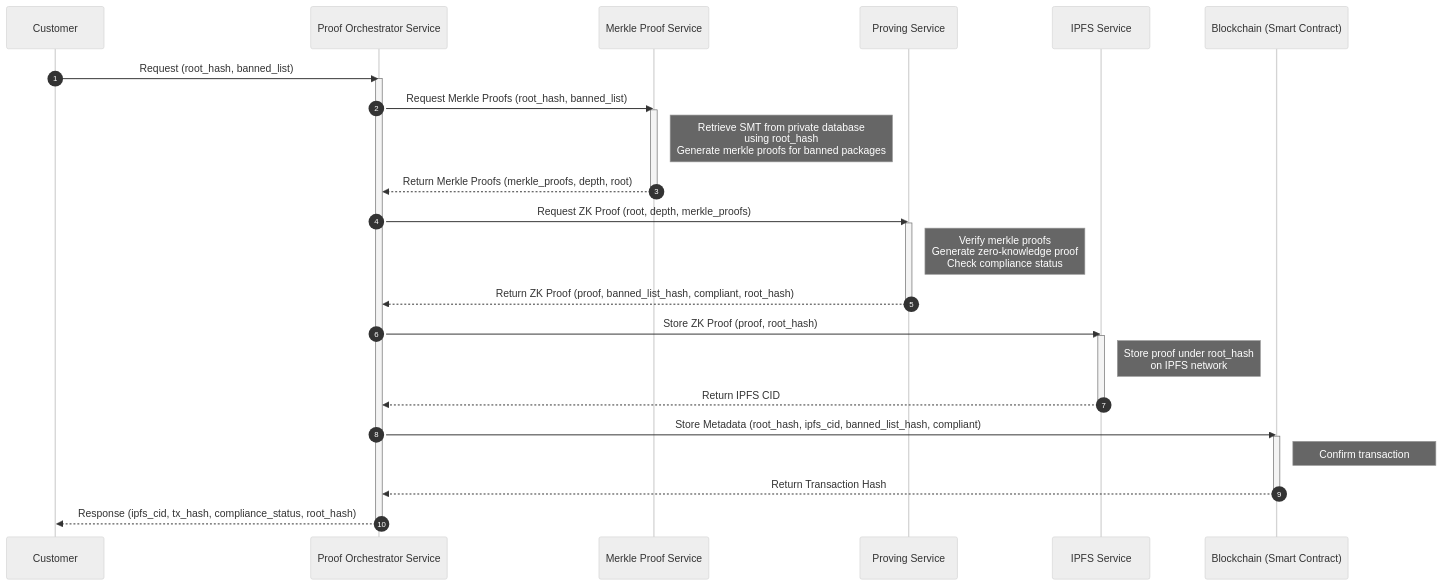
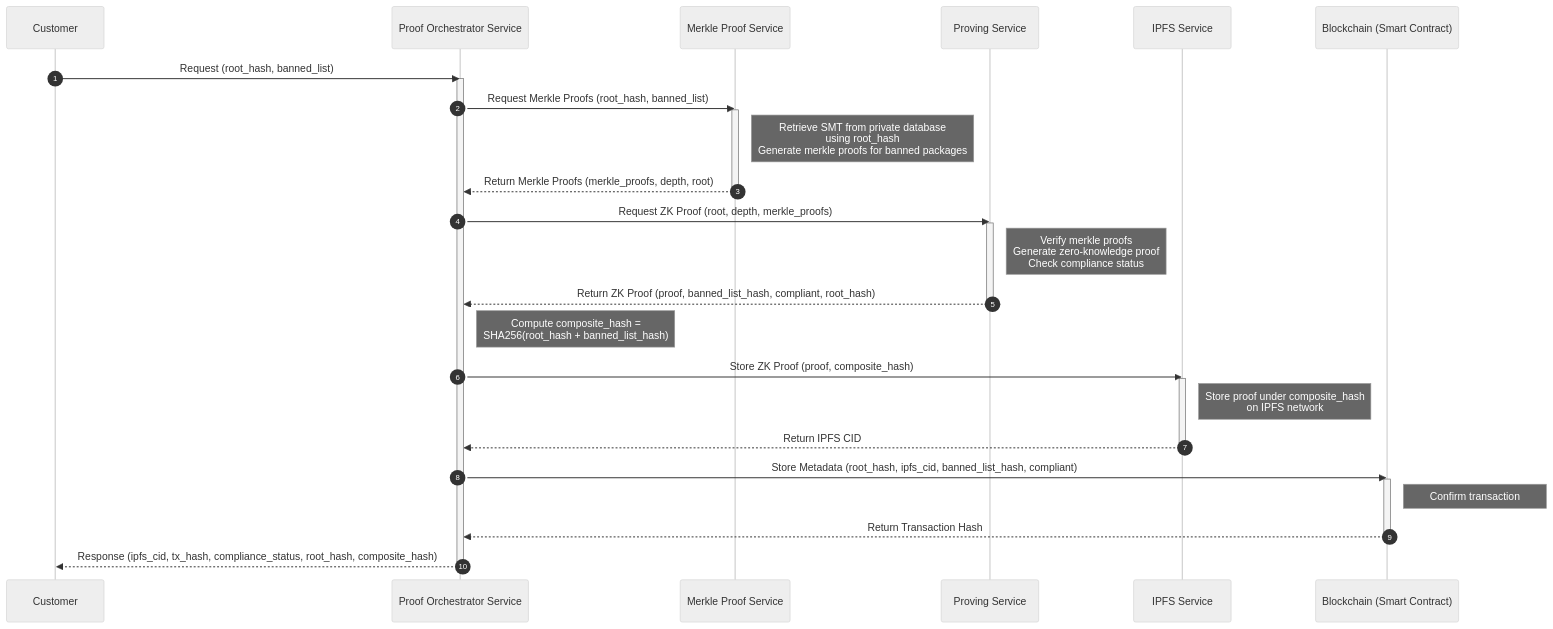
Before and after one commit to tuberlin-blockchain-prototyping/sharing-sbom-system: the diagram in docs/architecture/Proof Generation sequenceDiagram.mmd, drawn with Mermaid (neutral theme). The commit also changed 9 other files, not shown here.

Commit message:
use composite hash for storing proof

```diff
--- a/docs/architecture/Proof Generation sequenceDiagram.mmd
+++ b/docs/architecture/Proof Generation sequenceDiagram.mmd
@@ -1,38 +1,39 @@
 sequenceDiagram
     autonumber
     participant Customer
     participant Proof_Orchestrator_Service as Proof Orchestrator Service
     participant Merkle_Proof_Service as Merkle Proof Service
     participant Proving_Service as Proving Service
     participant IPFS_Service as IPFS Service
     participant Blockchain as Blockchain (Smart Contract)
 
     Customer->>Proof_Orchestrator_Service: Request (root_hash, banned_list)
     activate Proof_Orchestrator_Service
 
     Proof_Orchestrator_Service->>Merkle_Proof_Service: Request Merkle Proofs (root_hash, banned_list)
     activate Merkle_Proof_Service
     note right of Merkle_Proof_Service: Retrieve SMT from private database<br/>using root_hash<br/>Generate merkle proofs for banned packages
     Merkle_Proof_Service-->>Proof_Orchestrator_Service: Return Merkle Proofs (merkle_proofs, depth, root)
     deactivate Merkle_Proof_Service
 
     Proof_Orchestrator_Service->>Proving_Service: Request ZK Proof (root, depth, merkle_proofs)
     activate Proving_Service
     note right of Proving_Service: Verify merkle proofs<br/>Generate zero-knowledge proof<br/>Check compliance status
     Proving_Service-->>Proof_Orchestrator_Service: Return ZK Proof (proof, banned_list_hash, compliant, root_hash)
     deactivate Proving_Service
 
-    Proof_Orchestrator_Service->>IPFS_Service: Store ZK Proof (proof, root_hash)
+    note right of Proof_Orchestrator_Service: Compute composite_hash =<br/>SHA256(root_hash + banned_list_hash)
+    Proof_Orchestrator_Service->>IPFS_Service: Store ZK Proof (proof, composite_hash)
     activate IPFS_Service
-    note right of IPFS_Service: Store proof under root_hash<br/>on IPFS network
+    note right of IPFS_Service: Store proof under composite_hash<br/>on IPFS network
     IPFS_Service-->>Proof_Orchestrator_Service: Return IPFS CID
     deactivate IPFS_Service
 
     Proof_Orchestrator_Service->>Blockchain: Store Metadata (root_hash, ipfs_cid, banned_list_hash, compliant)
     activate Blockchain
     note right of Blockchain: Confirm transaction
     Blockchain-->>Proof_Orchestrator_Service: Return Transaction Hash
     deactivate Blockchain
 
-    Proof_Orchestrator_Service-->>Customer: Response (ipfs_cid, tx_hash, compliance_status, root_hash)
+    Proof_Orchestrator_Service-->>Customer: Response (ipfs_cid, tx_hash, compliance_status, root_hash, composite_hash)
     deactivate Proof_Orchestrator_Service
```
